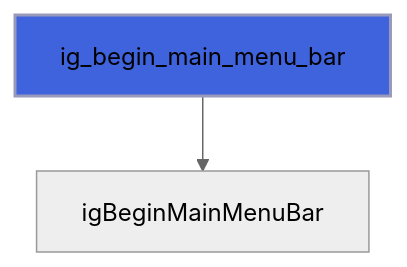
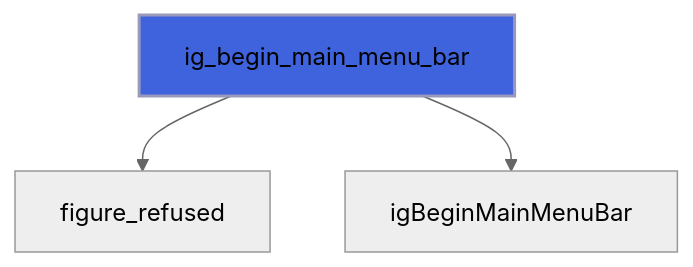
The eighth of 14 diagrams in docs/api/src/lib/figure_menu.md (szaghi/figure), drawn with Mermaid (neutral theme) before and after one commit. The commit also changed other lines of this file and 13 other files, not shown here.

````diff
--- a/docs/api/src/lib/figure_menu.md
+++ b/docs/api/src/lib/figure_menu.md
@@ -167,5 +167,6 @@
 ```mermaid
 flowchart TD
+  ig_begin_main_menu_bar["ig_begin_main_menu_bar"] --> figure_refused["figure_refused"]
   ig_begin_main_menu_bar["ig_begin_main_menu_bar"] --> igBeginMainMenuBar["igBeginMainMenuBar"]
   style ig_begin_main_menu_bar fill:#3e63dd,stroke:#99b,stroke-width:2px
 ```
````
